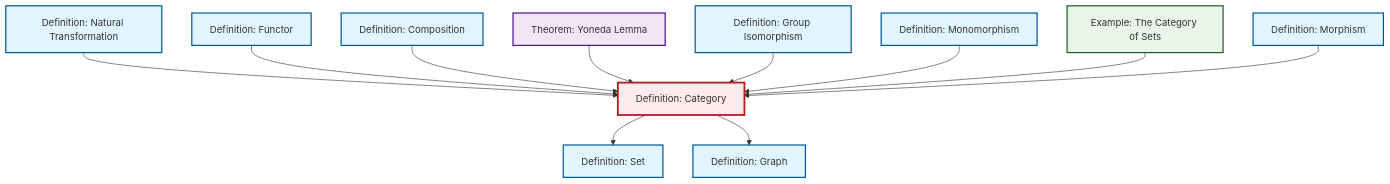
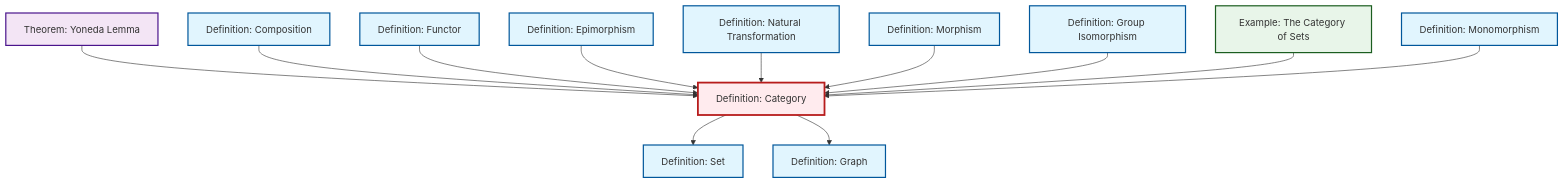
One commit to RK0429/ModernMath changed the diagram in content/en/category-theory/def-category.qmd. Above: the diagram before and after it, drawn with Mermaid. The commit also changed 597 other files, not shown here.

````diff
--- a/content/en/category-theory/def-category.qmd
+++ b/content/en/category-theory/def-category.qmd
@@ -47,41 +47,44 @@
 ```{mermaid}
 %%| fig-cap: "Local dependency graph"
 graph TD
     classDef definition fill:#e1f5fe,stroke:#01579b,stroke-width:2px
     classDef theorem fill:#f3e5f5,stroke:#4a148c,stroke-width:2px
     classDef axiom fill:#fff3e0,stroke:#e65100,stroke-width:2px
     classDef example fill:#e8f5e9,stroke:#1b5e20,stroke-width:2px
     classDef current fill:#ffebee,stroke:#b71c1c,stroke-width:3px
+    def-natural-transformation["Definition: Natural Transformation"]:::definition
+    def-epimorphism["Definition: Epimorphism"]:::definition
+    def-category["Definition: Category"]:::definition
+    thm-yoneda["Theorem: Yoneda Lemma"]:::theorem
+    def-isomorphism["Definition: Group Isomorphism"]:::definition
+    def-set["Definition: Set"]:::definition
+    def-morphism["Definition: Morphism"]:::definition
+    def-monomorphism["Definition: Monomorphism"]:::definition
+    def-composition["Definition: Composition"]:::definition
+    def-graph["Definition: Graph"]:::definition
     ex-set-category["Example: The Category of Sets"]:::example
-    def-graph["Definition: Graph"]:::definition
-    thm-yoneda["Theorem: Yoneda Lemma"]:::theorem
-    def-morphism["Definition: Morphism"]:::definition
-    def-category["Definition: Category"]:::definition
-    def-monomorphism["Definition: Monomorphism"]:::definition
-    def-natural-transformation["Definition: Natural Transformation"]:::definition
-    def-isomorphism["Definition: Group Isomorphism"]:::definition
-    def-composition["Definition: Composition"]:::definition
-    def-set["Definition: Set"]:::definition
     def-functor["Definition: Functor"]:::definition
-    def-natural-transformation --> def-category
-    def-functor --> def-category
+    thm-yoneda --> def-category
     def-composition --> def-category
     def-category --> def-set
-    thm-yoneda --> def-category
+    def-functor --> def-category
+    def-epimorphism --> def-category
+    def-natural-transformation --> def-category
+    def-morphism --> def-category
+    def-isomorphism --> def-category
+    ex-set-category --> def-category
+    def-monomorphism --> def-category
     def-category --> def-graph
-    def-isomorphism --> def-category
-    def-monomorphism --> def-category
-    ex-set-category --> def-category
-    def-morphism --> def-category
     class def-category current
-    click ex-set-category "ex-set-category.html" "Go to The Category of Sets example"
-    click def-graph "def-graph.html" "Go to Graph definition"
+    click def-natural-transformation "def-natural-transformation.html" "Go to Natural Transformation definition"
+    click def-epimorphism "def-epimorphism.html" "Go to Epimorphism definition"
     click thm-yoneda "thm-yoneda.html" "Go to Yoneda Lemma theorem"
+    click def-isomorphism "def-isomorphism.html" "Go to Group Isomorphism definition"
+    click def-set "def-set.html" "Go to Set definition"
     click def-morphism "def-morphism.html" "Go to Morphism definition"
     click def-monomorphism "def-monomorphism.html" "Go to Monomorphism definition"
-    click def-natural-transformation "def-natural-transformation.html" "Go to Natural Transformation definition"
-    click def-isomorphism "def-isomorphism.html" "Go to Group Isomorphism definition"
     click def-composition "def-composition.html" "Go to Composition definition"
-    click def-set "def-set.html" "Go to Set definition"
+    click def-graph "def-graph.html" "Go to Graph definition"
+    click ex-set-category "ex-set-category.html" "Go to The Category of Sets example"
     click def-functor "def-functor.html" "Go to Functor definition"
 ```
````
